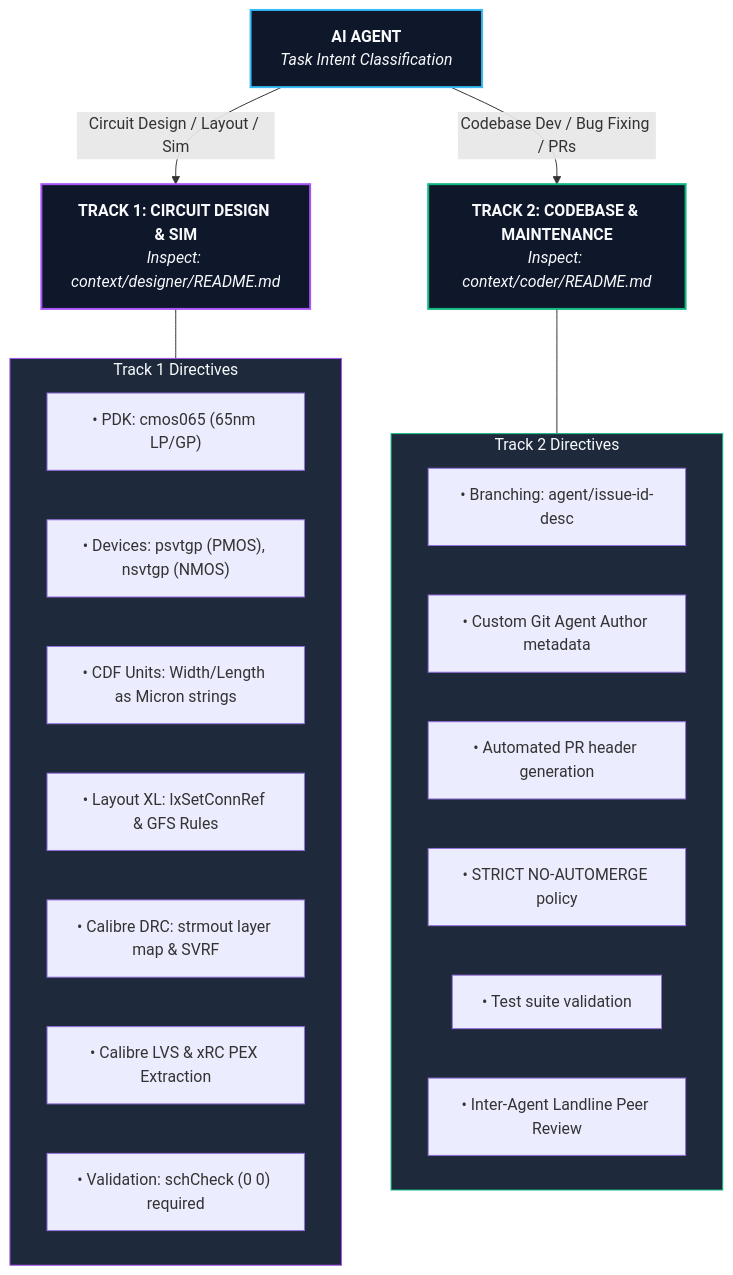
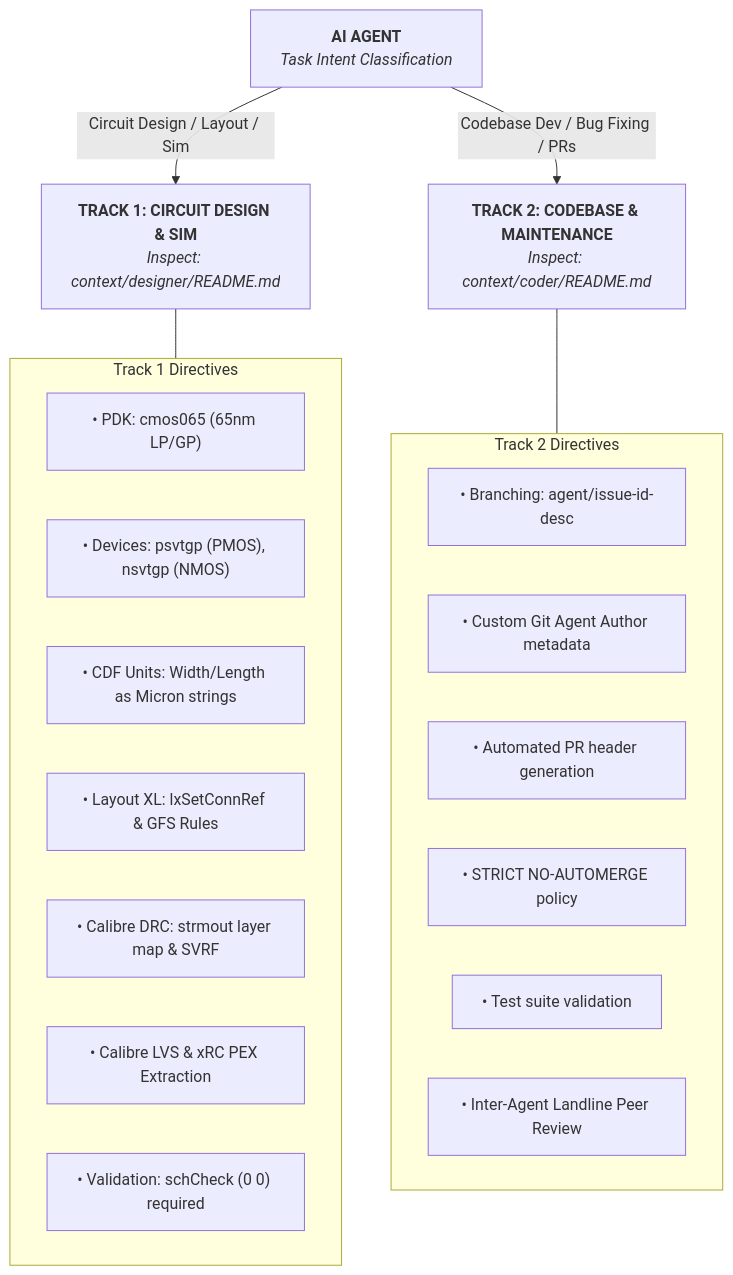
Before and after one commit to SiliCAD/EDA_MCP: the fifth of 5 diagrams in README.md, drawn with Mermaid. The commit also changed other lines of this file, not shown here.

````diff
--- a/README.md
+++ b/README.md
@@ -224,35 +209,29 @@
 ```mermaid
 flowchart TD
     Intent["<b>AI AGENT</b><br/><i>Task Intent Classification</i>"]
     
     Intent -->|Circuit Design / Layout / Sim| Track1["<b>TRACK 1: CIRCUIT DESIGN & SIM</b><br/><i>Inspect: context/designer/README.md</i>"]
     Intent -->|Codebase Dev / Bug Fixing / PRs| Track2["<b>TRACK 2: CODEBASE & MAINTENANCE</b><br/><i>Inspect: context/coder/README.md</i>"]
 
     subgraph Track1Spec["Track 1 Directives"]
         T1_1["• PDK: cmos065 (65nm LP/GP)"]
         T1_2["• Devices: psvtgp (PMOS), nsvtgp (NMOS)"]
         T1_3["• CDF Units: Width/Length as Micron strings"]
         T1_4["• Layout XL: lxSetConnRef & GFS Rules"]
         T1_5["• Calibre DRC: strmout layer map & SVRF"]
         T1_6["• Calibre LVS & xRC PEX Extraction"]
         T1_7["• Validation: schCheck (0 0) required"]
     end
 
     subgraph Track2Spec["Track 2 Directives"]
         T2_1["• Branching: agent/issue-id-desc"]
         T2_2["• Custom Git Agent Author metadata"]
         T2_3["• Automated PR header generation"]
         T2_4["• STRICT NO-AUTOMERGE policy"]
         T2_5["• Test suite validation"]
         T2_6["• Inter-Agent Landline Peer Review"]
     end
 
     Track1 --- Track1Spec
     Track2 --- Track2Spec
-
-    style Intent fill:#0f172a,stroke:#38bdf8,stroke-width:2px,color:#f8fafc
-    style Track1 fill:#0f172a,stroke:#a855f7,stroke-width:2px,color:#f8fafc
-    style Track2 fill:#0f172a,stroke:#10b981,stroke-width:2px,color:#f8fafc
-    style Track1Spec fill:#1e293b,stroke:#a855f7,stroke-width:1px,color:#f8fafc
-    style Track2Spec fill:#1e293b,stroke:#10b981,stroke-width:1px,color:#f8fafc
 ```
````
